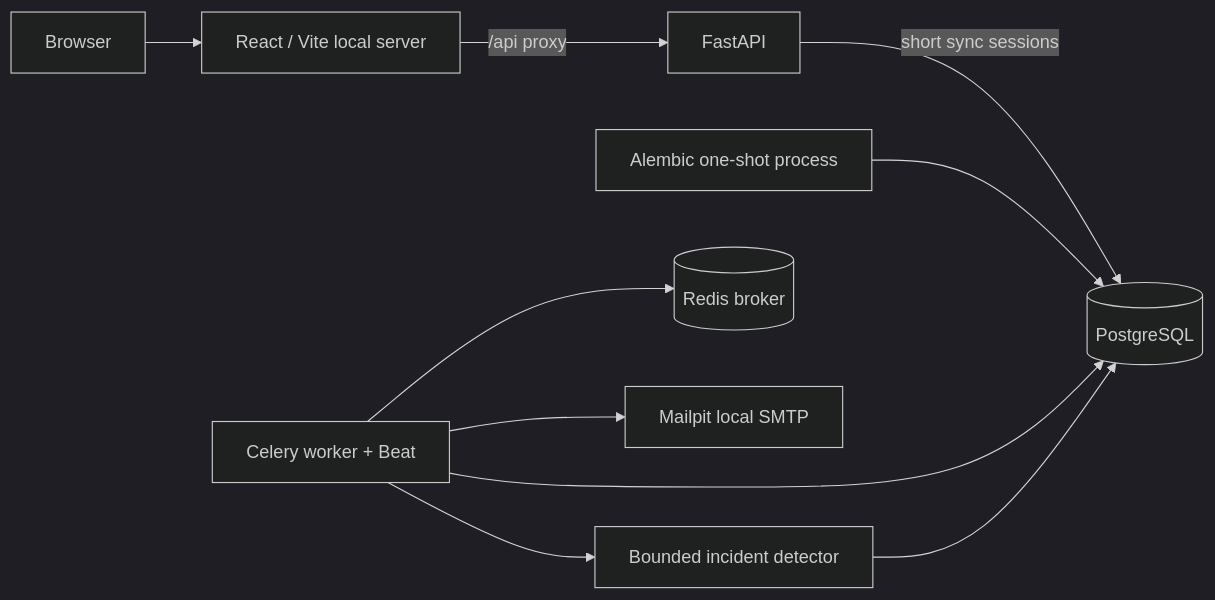
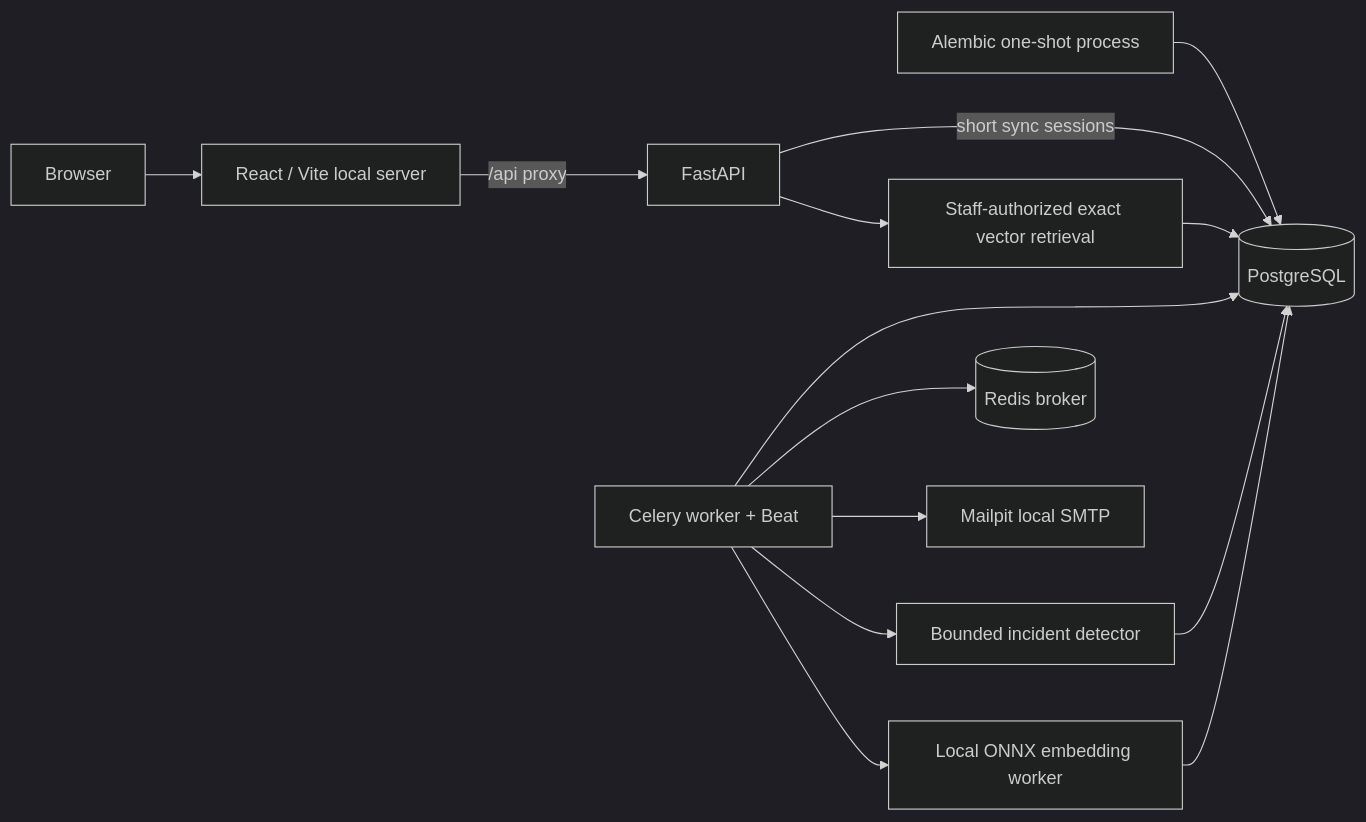
One commit to ree1o/SupportFlowAI changed the first of 2 diagrams in docs/architecture.md. Above: the diagram before and after it, drawn with Mermaid (dark theme). The commit also changed other lines of this file and 37 other files, not shown here.

````diff
--- a/docs/architecture.md
+++ b/docs/architecture.md
@@ -47,12 +47,16 @@
 ```mermaid
 flowchart LR
     Browser[Browser] --> Frontend[React / Vite local server]
     Frontend -->|/api proxy| API[FastAPI]
     API -->|short sync sessions| DB[(PostgreSQL)]
     Migration[Alembic one-shot process] --> DB
     Worker[Celery worker + Beat] --> DB
     Worker --> Redis[(Redis broker)]
     Worker --> SMTP[Mailpit local SMTP]
     Worker --> Radar[Bounded incident detector]
+    Worker --> Embed[Local ONNX embedding worker]
     Radar --> DB
+    Embed --> DB
+    API --> Retrieval[Staff-authorized exact vector retrieval]
+    Retrieval --> DB
 ```
````
